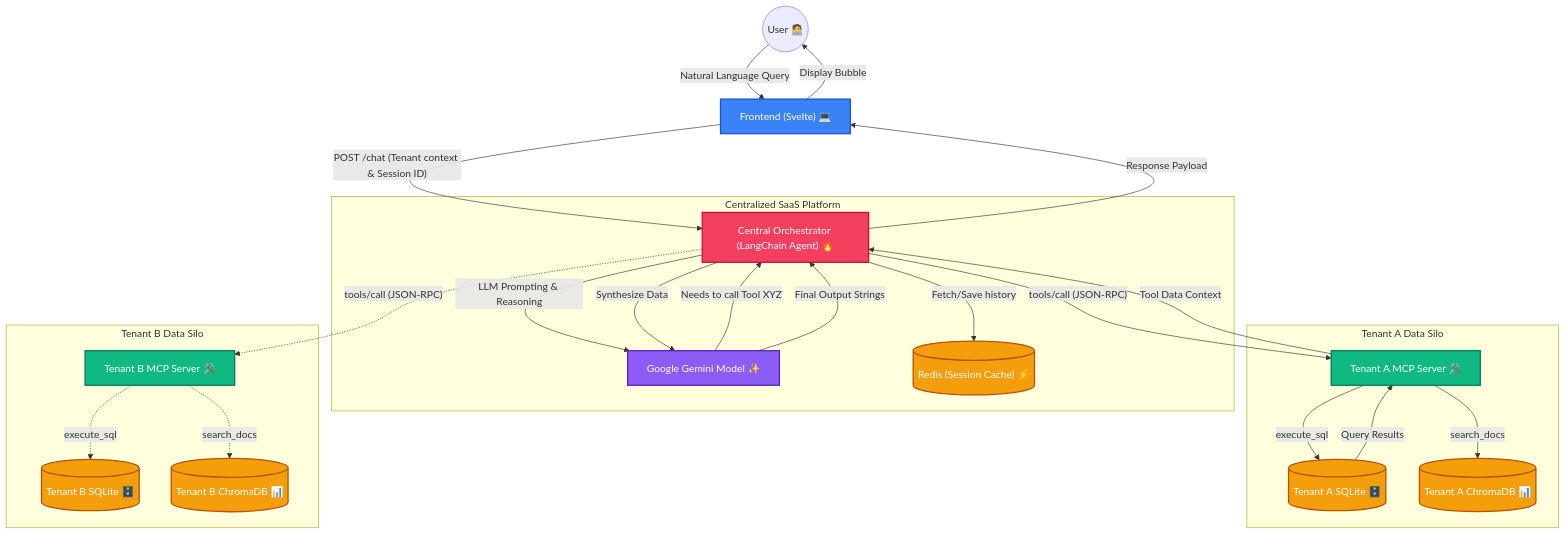
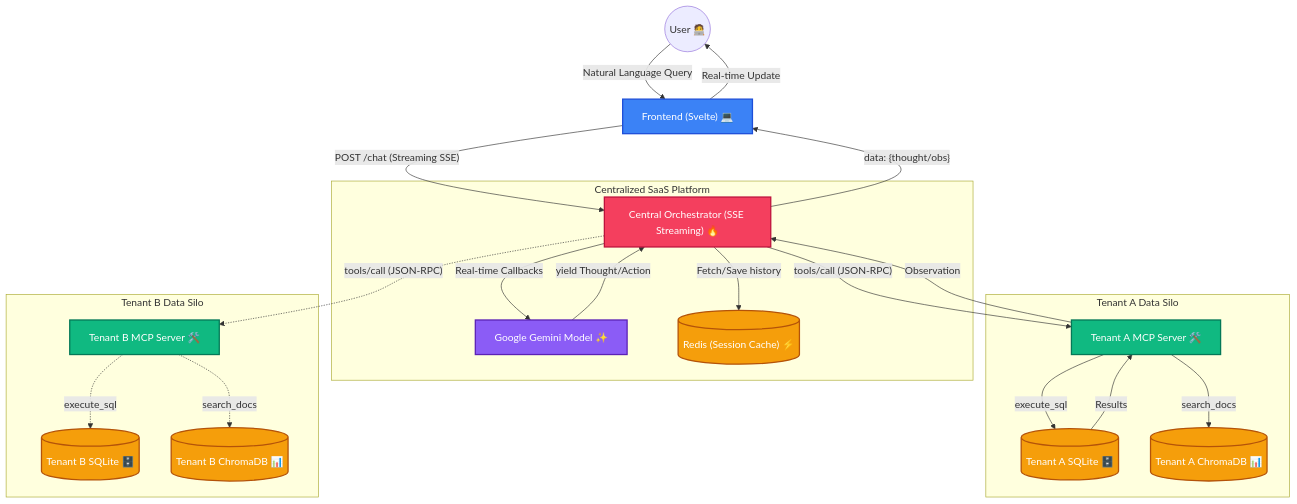
The diagram in README.md (chandanshegde/langchain-rag-chatbot), drawn with Mermaid before and after one commit. The commit also changed other lines of this file and 16 other files, not shown here.

````diff
--- a/README.md
+++ b/README.md
@@ -41,59 +38,57 @@
 ```mermaid
 graph TD
     %% Define Styles
     classDef frontend fill:#3b82f6,stroke:#1d4ed8,stroke-width:2px,color:#fff
     classDef orchestrator fill:#f43f5e,stroke:#be123c,stroke-width:2px,color:#fff
     classDef backend fill:#10b981,stroke:#047857,stroke-width:2px,color:#fff
     classDef db fill:#f59e0b,stroke:#b45309,stroke-width:2px,color:#fff
     classDef llm fill:#8b5cf6,stroke:#5b21b6,stroke-width:2px,color:#fff
 
     %% Nodes
     User(("User 🧑‍💻"))
     UI["Frontend (Svelte) 💻"]:::frontend
 
     subgraph "Centralized SaaS Platform"
-        Orchestrator["Central Orchestrator (LangChain Agent) 🔥"]:::orchestrator
+        Orchestrator["Central Orchestrator (SSE Streaming) 🔥"]:::orchestrator
         Gemini["Google Gemini Model ✨"]:::llm
         Redis[("Redis (Session Cache) ⚡")]:::db
     end
 
     subgraph "Tenant A Data Silo"
         MCP_A["Tenant A MCP Server 🛠️"]:::backend
         DB_A[("Tenant A SQLite 🗄️")]:::db
         Chroma_A[("Tenant A ChromaDB 📊")]:::db
     end
 
     subgraph "Tenant B Data Silo"
         MCP_B["Tenant B MCP Server 🛠️"]:::backend
         DB_B[("Tenant B SQLite 🗄️")]:::db
         Chroma_B[("Tenant B ChromaDB 📊")]:::db
     end
 
     %% Connections
     User -- "Natural Language Query" --> UI
-    UI -- "POST /chat (Tenant context & Session ID)" --> Orchestrator
+    UI -- "POST /chat (Streaming SSE)" --> Orchestrator
 
     Orchestrator -- "Fetch/Save history" --> Redis
-    Orchestrator -- "LLM Prompting & Reasoning" --> Gemini
-    Gemini -- "Needs to call Tool XYZ" --> Orchestrator
+    Orchestrator -- "Real-time Callbacks" --> Gemini
+    Gemini -- "yield Thought/Action" --> Orchestrator
 
-    %% Multi-Tenant Routing
+    %% Multi-Tenant Routing (Addendum)
     Orchestrator -- "tools/call (JSON-RPC)" --> MCP_A
     Orchestrator -. "tools/call (JSON-RPC)" .-> MCP_B
 
     %% Tenant A Tools
     MCP_A -- "execute_sql" --> DB_A
     MCP_A -- "search_docs" --> Chroma_A
 
     %% Tenant B Tools
     MCP_B -. "execute_sql" .-> DB_B
     MCP_B -. "search_docs" .-> Chroma_B
 
-    %% Return Path
-    DB_A -- "Query Results" --> MCP_A
-    MCP_A -- "Tool Data Context" --> Orchestrator
-    Orchestrator -- "Synthesize Data" --> Gemini
-    Gemini -- "Final Output Strings" --> Orchestrator
-    Orchestrator -- "Response Payload" --> UI
-    UI -- "Display Bubble" --> User
+    %% Streaming Return Path
+    DB_A -- "Results" --> MCP_A
+    MCP_A -- "Observation" --> Orchestrator
+    Orchestrator -- "data: {thought/obs}" --> UI
+    UI -- "Real-time Update" --> User
 ```
````
